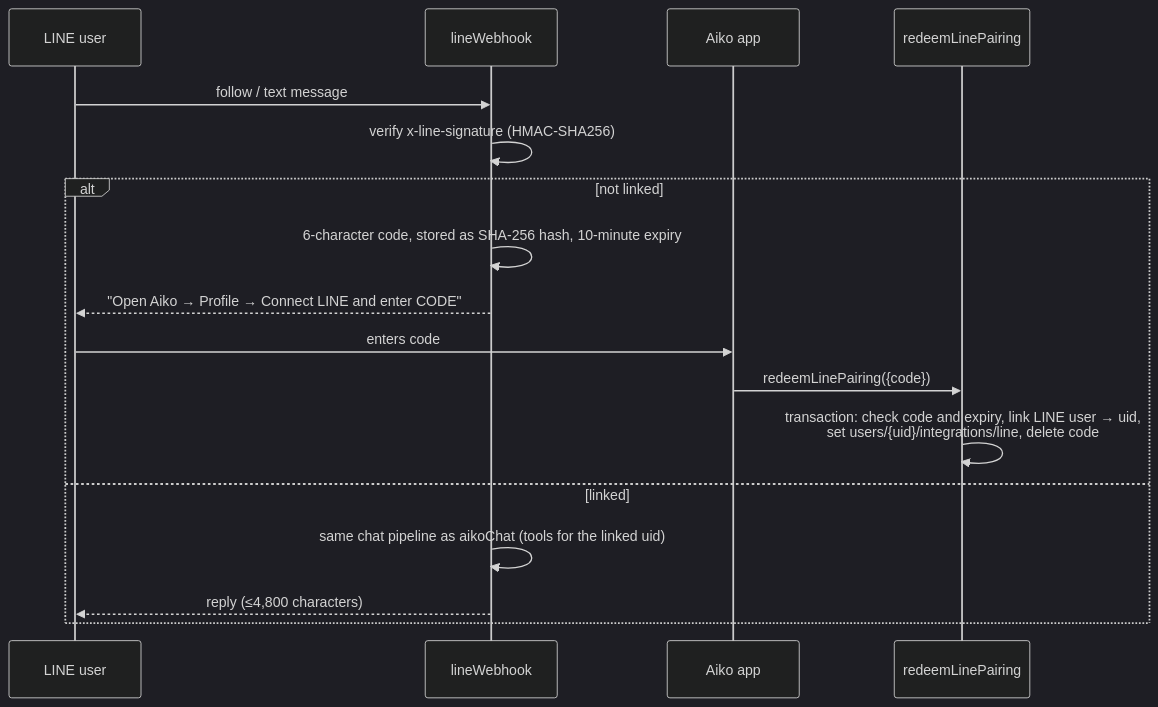
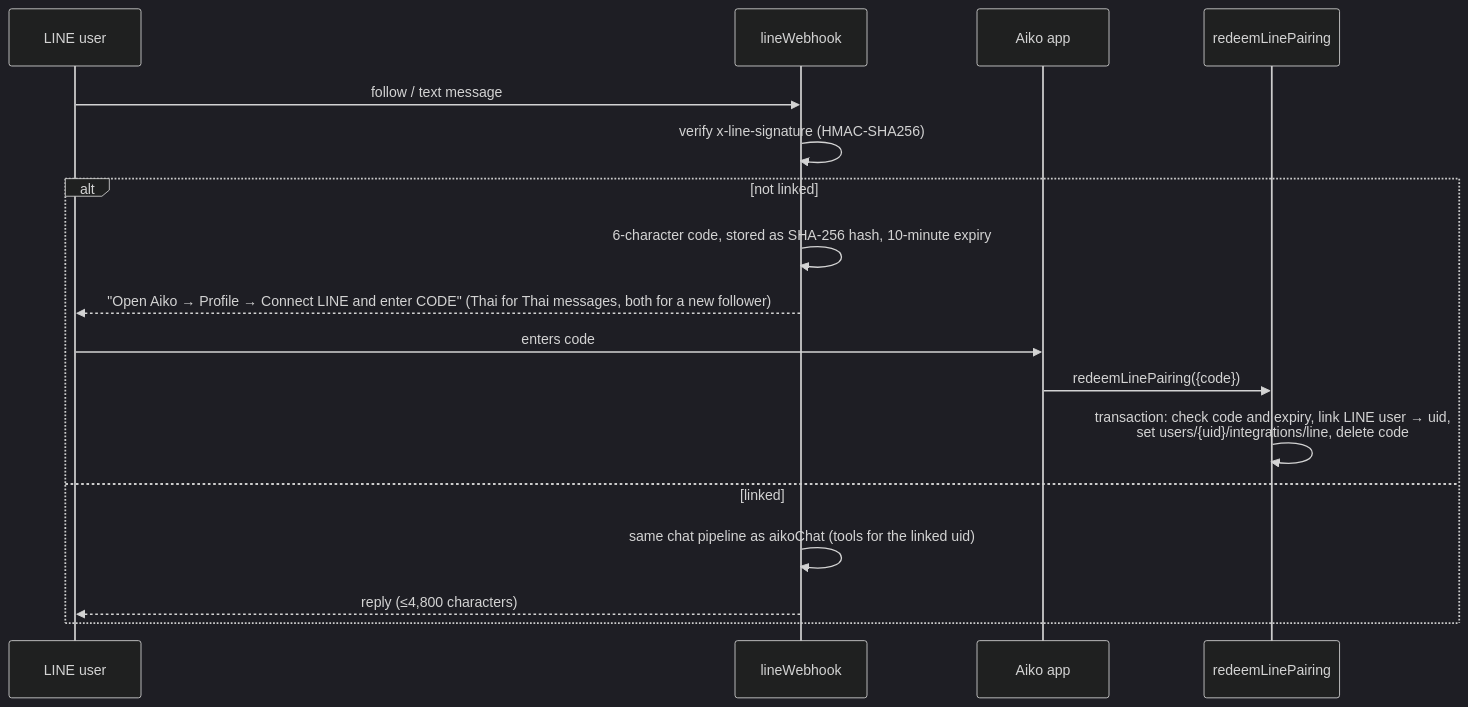
The second of 2 diagrams in docs/backend.md (PePoDev/aiko), drawn with Mermaid (dark theme) before and after one commit. The commit also changed other lines of this file and 96 other files, not shown here.

````diff
--- a/docs/backend.md
+++ b/docs/backend.md
@@ -96,19 +97,19 @@
 ```mermaid
 sequenceDiagram
   participant U as LINE user
   participant W as lineWebhook
   participant A as Aiko app
   participant R as redeemLinePairing
   U->>W: follow / text message
   W->>W: verify x-line-signature (HMAC-SHA256)
   alt not linked
     W->>W: 6-character code, stored as SHA-256 hash, 10-minute expiry
-    W-->>U: "Open Aiko → Profile → Connect LINE and enter CODE"
+    W-->>U: "Open Aiko → Profile → Connect LINE and enter CODE" (Thai for Thai messages, both for a new follower)
     U->>A: enters code
     A->>R: redeemLinePairing({code})
     R->>R: transaction: check code and expiry, link LINE user → uid,<br/>set users/{uid}/integrations/line, delete code
   else linked
     W->>W: same chat pipeline as aikoChat (tools for the linked uid)
     W-->>U: reply (≤4,800 characters)
   end
 ```
````
